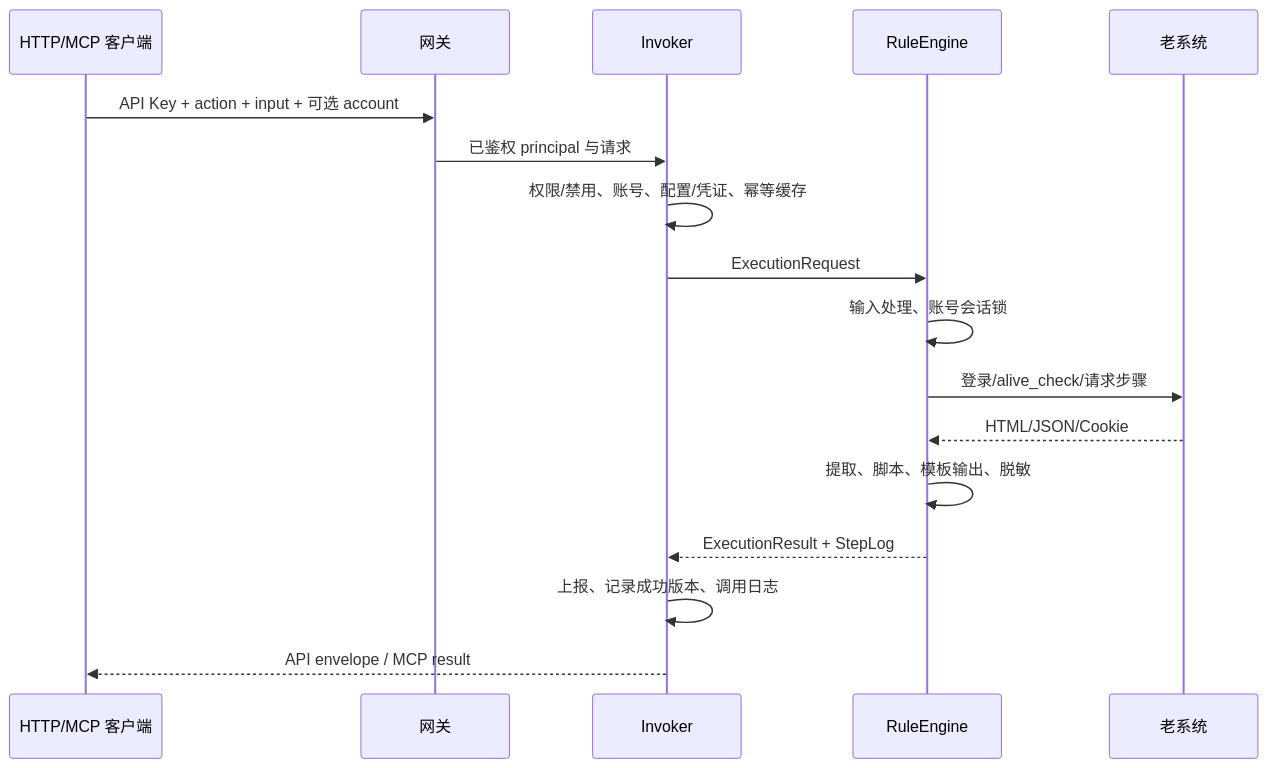
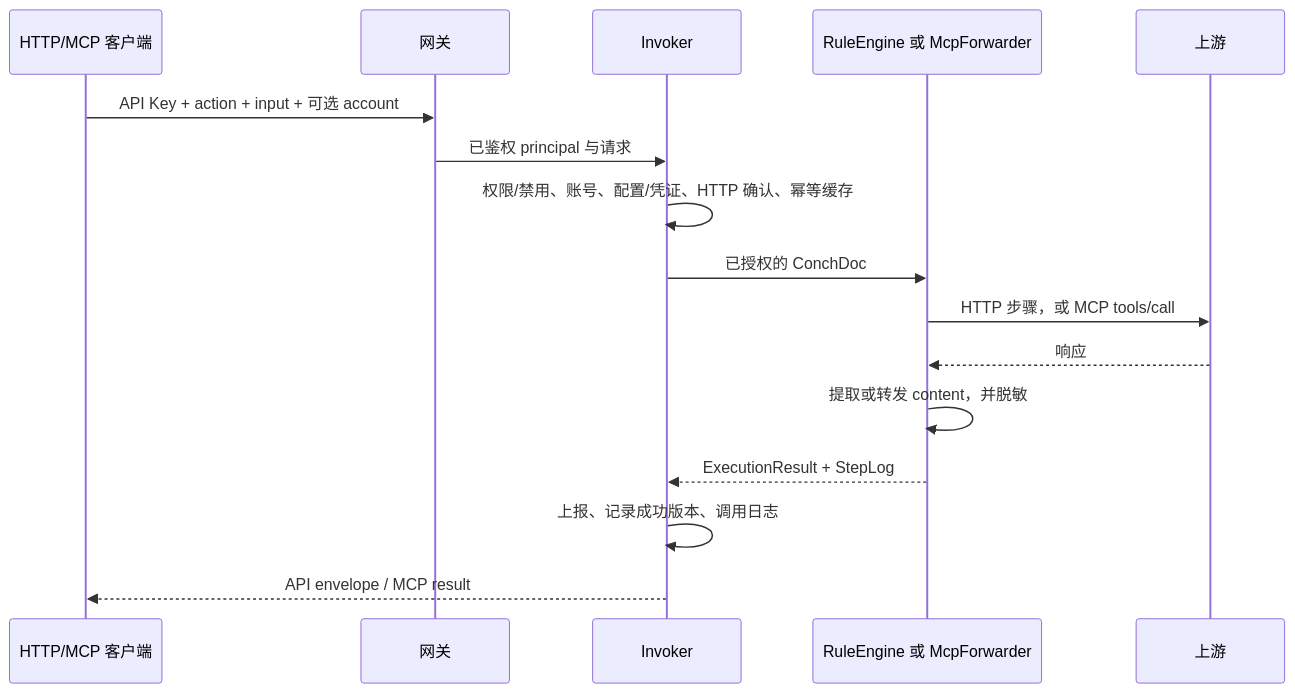
Before and after one commit to A-Coldsky/Hermit: the second of 2 diagrams in docs/architecture.md, drawn with Mermaid. The commit also changed other lines of this file and 34 other files, not shown here.

````diff
--- a/docs/architecture.md
+++ b/docs/architecture.md
@@ -68,19 +69,18 @@
 ```mermaid
 sequenceDiagram
   participant C as HTTP/MCP 客户端
   participant G as 网关
   participant I as Invoker
-  participant E as RuleEngine
-  participant O as 老系统
+  participant E as RuleEngine 或 McpForwarder
+  participant O as 上游
   C->>G: API Key + action + input + 可选 account
   G->>I: 已鉴权 principal 与请求
-  I->>I: 权限/禁用、账号、配置/凭证、幂等缓存
-  I->>E: ExecutionRequest
-  E->>E: 输入处理、账号会话锁
-  E->>O: 登录/alive_check/请求步骤
-  O-->>E: HTML/JSON/Cookie
-  E->>E: 提取、脚本、模板输出、脱敏
+  I->>I: 权限/禁用、账号、配置/凭证、HTTP 确认、幂等缓存
+  I->>E: 已授权的 ConchDoc
+  E->>O: HTTP 步骤，或 MCP tools/call
+  O-->>E: 响应
+  E->>E: 提取或转发 content，并脱敏
   E-->>I: ExecutionResult + StepLog
   I->>I: 上报、记录成功版本、调用日志
   I-->>C: API envelope / MCP result
 ```
````
